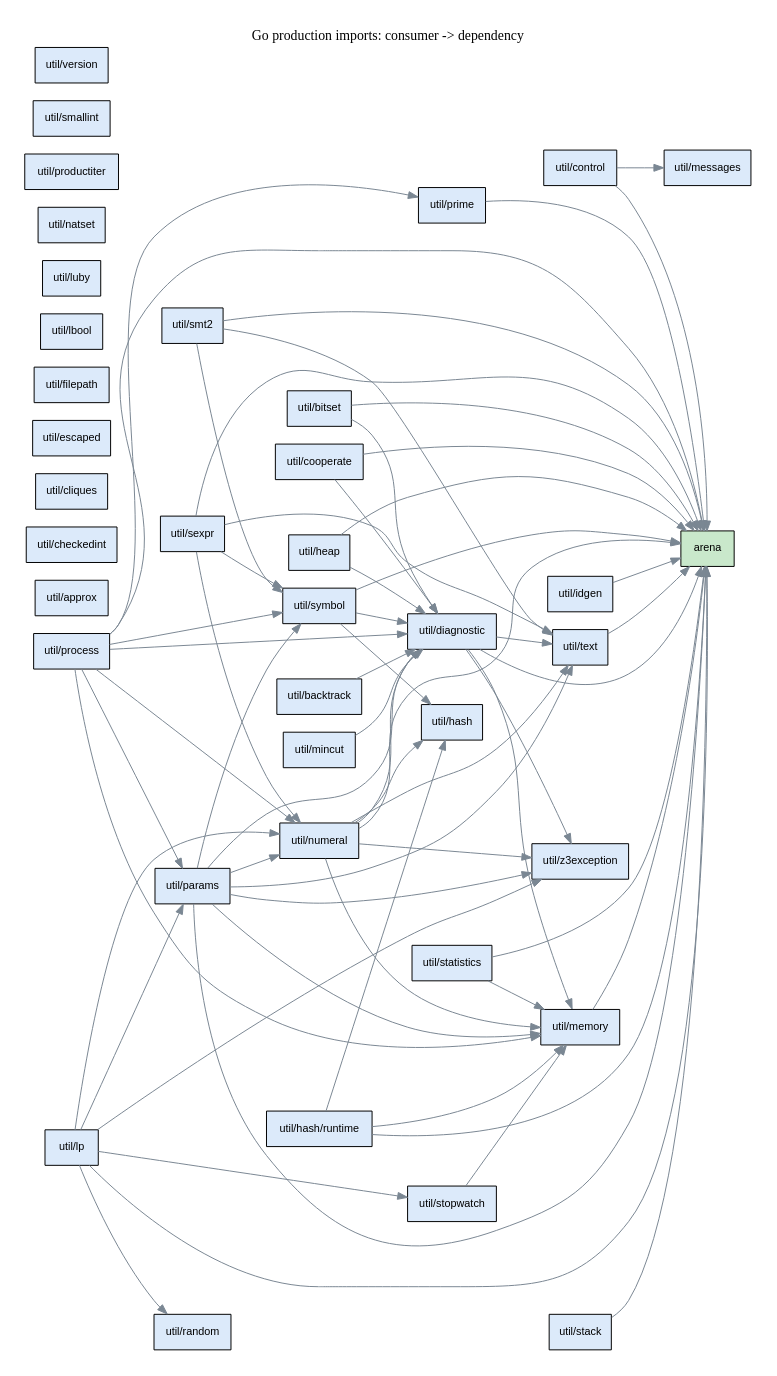
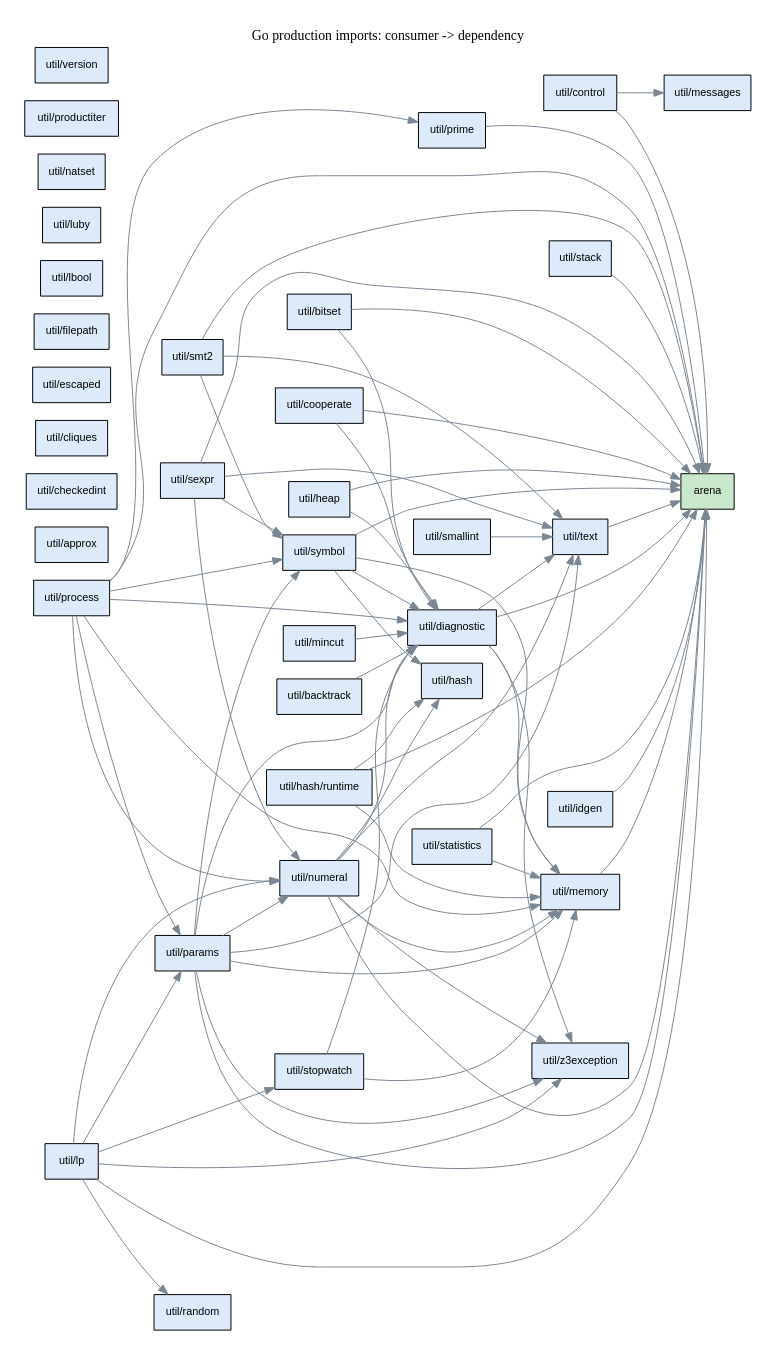
One commit to glycerine/g3-preview changed the diagram in doc/util_dependencies.dot. Above: the diagram before and after it, drawn with Graphviz. The commit also changed 7 other files, not shown here.

```diff
--- a/doc/util_dependencies.dot
+++ b/doc/util_dependencies.dot
@@ -1,107 +1,110 @@
 digraph packages {
   rankdir=LR;
   graph [bgcolor=white, pad=0.25];
   node [shape=box, fontname="sans-serif", fontsize=11];
   edge [color="#7a8793"];
   label="Go production imports: consumer -> dependency";
   labelloc=t;
   "arena" [style=filled, fillcolor="#c9e8cb"];
   "util/approx" [style=filled, fillcolor="#dceafa"];
   "util/backtrack" [style=filled, fillcolor="#dceafa"];
   "util/backtrack" -> "util/diagnostic";
   "util/bitset" [style=filled, fillcolor="#dceafa"];
   "util/bitset" -> "arena";
   "util/bitset" -> "util/diagnostic";
   "util/checkedint" [style=filled, fillcolor="#dceafa"];
   "util/cliques" [style=filled, fillcolor="#dceafa"];
   "util/control" [style=filled, fillcolor="#dceafa"];
   "util/control" -> "arena";
   "util/control" -> "util/messages";
   "util/cooperate" [style=filled, fillcolor="#dceafa"];
   "util/cooperate" -> "arena";
   "util/cooperate" -> "util/diagnostic";
   "util/diagnostic" [style=filled, fillcolor="#dceafa"];
   "util/diagnostic" -> "arena";
   "util/diagnostic" -> "util/memory";
   "util/diagnostic" -> "util/text";
   "util/diagnostic" -> "util/z3exception";
   "util/escaped" [style=filled, fillcolor="#dceafa"];
   "util/filepath" [style=filled, fillcolor="#dceafa"];
   "util/hash" [style=filled, fillcolor="#dceafa"];
   "util/hash/runtime" [style=filled, fillcolor="#dceafa"];
   "util/hash/runtime" -> "arena";
   "util/hash/runtime" -> "util/hash";
   "util/hash/runtime" -> "util/memory";
   "util/heap" [style=filled, fillcolor="#dceafa"];
   "util/heap" -> "arena";
   "util/heap" -> "util/diagnostic";
   "util/idgen" [style=filled, fillcolor="#dceafa"];
   "util/idgen" -> "arena";
   "util/lbool" [style=filled, fillcolor="#dceafa"];
   "util/lp" [style=filled, fillcolor="#dceafa"];
   "util/lp" -> "arena";
   "util/lp" -> "util/numeral";
   "util/lp" -> "util/params";
   "util/lp" -> "util/random";
   "util/lp" -> "util/stopwatch";
   "util/lp" -> "util/z3exception";
   "util/luby" [style=filled, fillcolor="#dceafa"];
   "util/memory" [style=filled, fillcolor="#dceafa"];
   "util/memory" -> "arena";
   "util/messages" [style=filled, fillcolor="#dceafa"];
   "util/mincut" [style=filled, fillcolor="#dceafa"];
   "util/mincut" -> "util/diagnostic";
   "util/natset" [style=filled, fillcolor="#dceafa"];
   "util/numeral" [style=filled, fillcolor="#dceafa"];
   "util/numeral" -> "arena";
   "util/numeral" -> "util/diagnostic";
   "util/numeral" -> "util/hash";
   "util/numeral" -> "util/memory";
   "util/numeral" -> "util/text";
   "util/numeral" -> "util/z3exception";
   "util/params" [style=filled, fillcolor="#dceafa"];
   "util/params" -> "arena";
   "util/params" -> "util/diagnostic";
   "util/params" -> "util/memory";
   "util/params" -> "util/numeral";
   "util/params" -> "util/symbol";
   "util/params" -> "util/text";
   "util/params" -> "util/z3exception";
   "util/prime" [style=filled, fillcolor="#dceafa"];
   "util/prime" -> "arena";
   "util/process" [style=filled, fillcolor="#dceafa"];
   "util/process" -> "arena";
   "util/process" -> "util/diagnostic";
   "util/process" -> "util/memory";
   "util/process" -> "util/numeral";
   "util/process" -> "util/params";
   "util/process" -> "util/prime";
   "util/process" -> "util/symbol";
   "util/productiter" [style=filled, fillcolor="#dceafa"];
   "util/random" [style=filled, fillcolor="#dceafa"];
   "util/sexpr" [style=filled, fillcolor="#dceafa"];
   "util/sexpr" -> "arena";
   "util/sexpr" -> "util/numeral";
   "util/sexpr" -> "util/symbol";
   "util/sexpr" -> "util/text";
   "util/smallint" [style=filled, fillcolor="#dceafa"];
+  "util/smallint" -> "util/text";
   "util/smt2" [style=filled, fillcolor="#dceafa"];
   "util/smt2" -> "arena";
   "util/smt2" -> "util/symbol";
   "util/smt2" -> "util/text";
   "util/stack" [style=filled, fillcolor="#dceafa"];
   "util/stack" -> "arena";
   "util/statistics" [style=filled, fillcolor="#dceafa"];
   "util/statistics" -> "arena";
   "util/statistics" -> "util/memory";
   "util/stopwatch" [style=filled, fillcolor="#dceafa"];
+  "util/stopwatch" -> "util/diagnostic";
   "util/stopwatch" -> "util/memory";
   "util/symbol" [style=filled, fillcolor="#dceafa"];
   "util/symbol" -> "arena";
   "util/symbol" -> "util/diagnostic";
   "util/symbol" -> "util/hash";
+  "util/symbol" -> "util/memory";
   "util/text" [style=filled, fillcolor="#dceafa"];
   "util/text" -> "arena";
   "util/version" [style=filled, fillcolor="#dceafa"];
   "util/z3exception" [style=filled, fillcolor="#dceafa"];
 }
```
